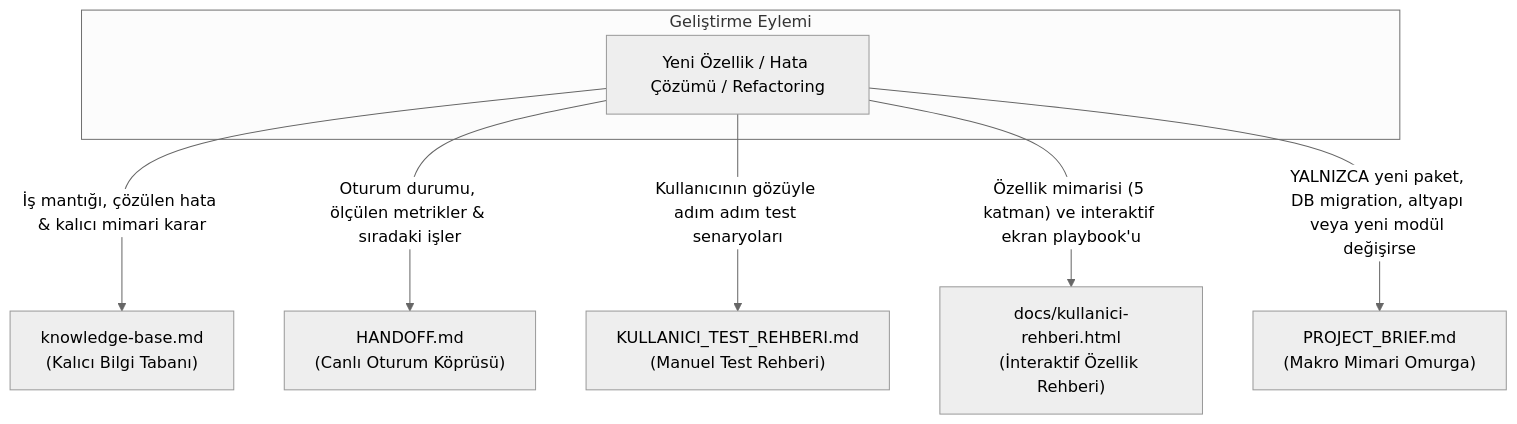
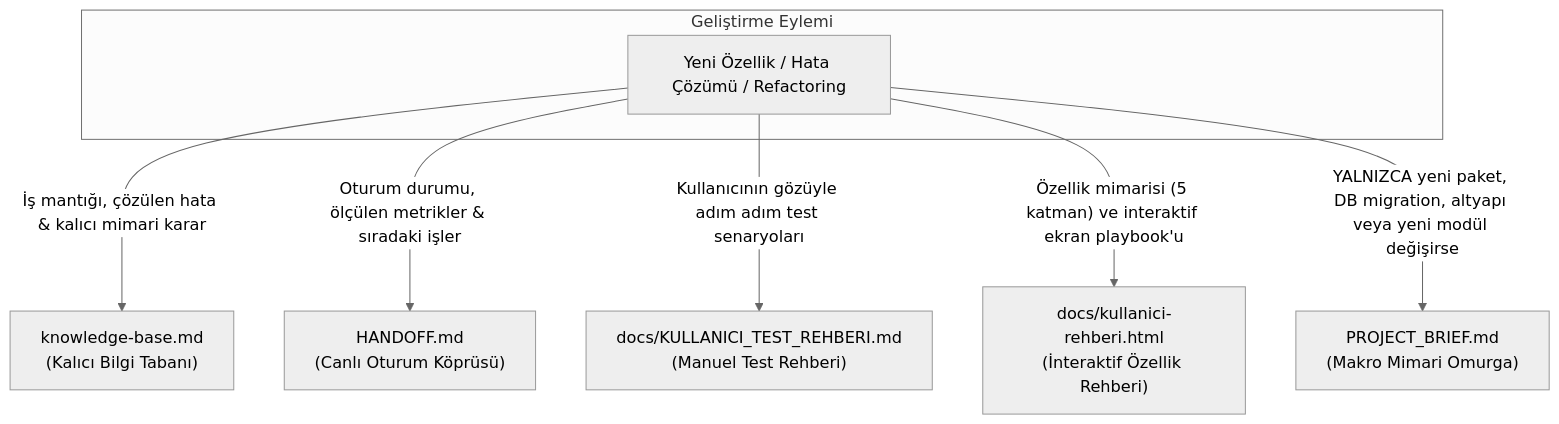
One commit to mustafa-omeri/goku-dev-skills changed the diagram in .agent/rules/project-brief-maintenance.md. Above: the diagram before and after it, drawn with Mermaid (neutral theme). The commit also changed other lines of this file and 21 other files, not shown here.

Commit message:
refactor(standards): move KULLANICI_TEST_REHBERI.md to docs/ and update quality gates

````diff
--- a/.agent/rules/project-brief-maintenance.md
+++ b/.agent/rules/project-brief-maintenance.md
@@ -58,13 +58,13 @@
 ```mermaid
 flowchart TD
     subgraph Gelistirme["Geliştirme Eylemi"]
         Action["Yeni Özellik / Hata Çözümü / Refactoring"]
     end
 
     Action -->|"İş mantığı, çözülen hata & kalıcı mimari karar"| KB["knowledge-base.md<br/>(Kalıcı Bilgi Tabanı)"]
     Action -->|"Oturum durumu, ölçülen metrikler & sıradaki işler"| HO["HANDOFF.md<br/>(Canlı Oturum Köprüsü)"]
-    Action -->|"Kullanıcının gözüyle adım adım test senaryoları"| TEST["KULLANICI_TEST_REHBERI.md<br/>(Manuel Test Rehberi)"]
+    Action -->|"Kullanıcının gözüyle adım adım test senaryoları"| TEST["docs/KULLANICI_TEST_REHBERI.md<br/>(Manuel Test Rehberi)"]
     Action -->|"Özellik mimarisi (5 katman) ve interaktif ekran playbook'u"| HTML["docs/kullanici-rehberi.html<br/>(İnteraktif Özellik Rehberi)"]
     
     Action -->|"YALNIZCA yeni paket, DB migration, altyapı veya yeni modül değişirse"| PB["PROJECT_BRIEF.md<br/>(Makro Mimari Omurga)"]
 ```
````
